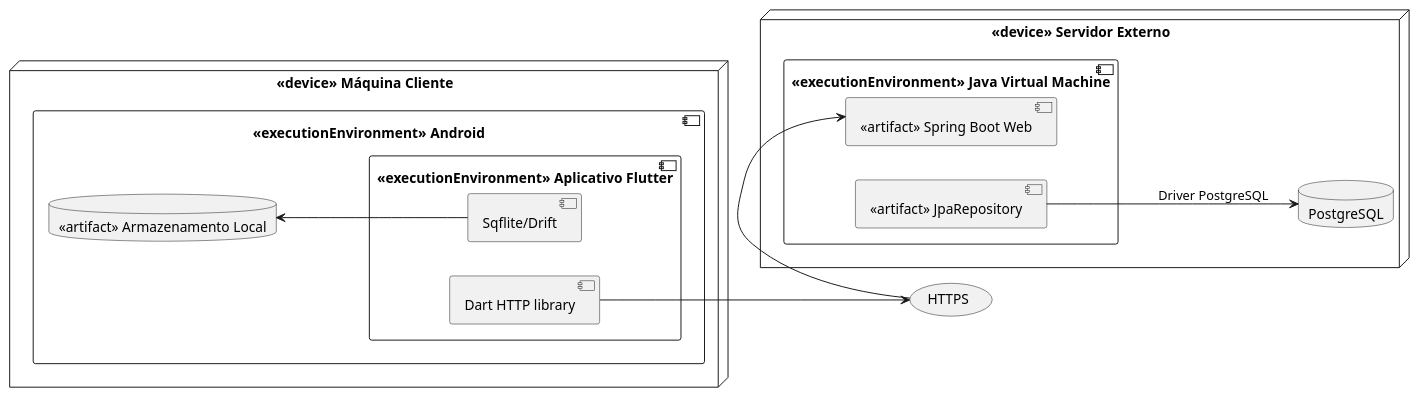
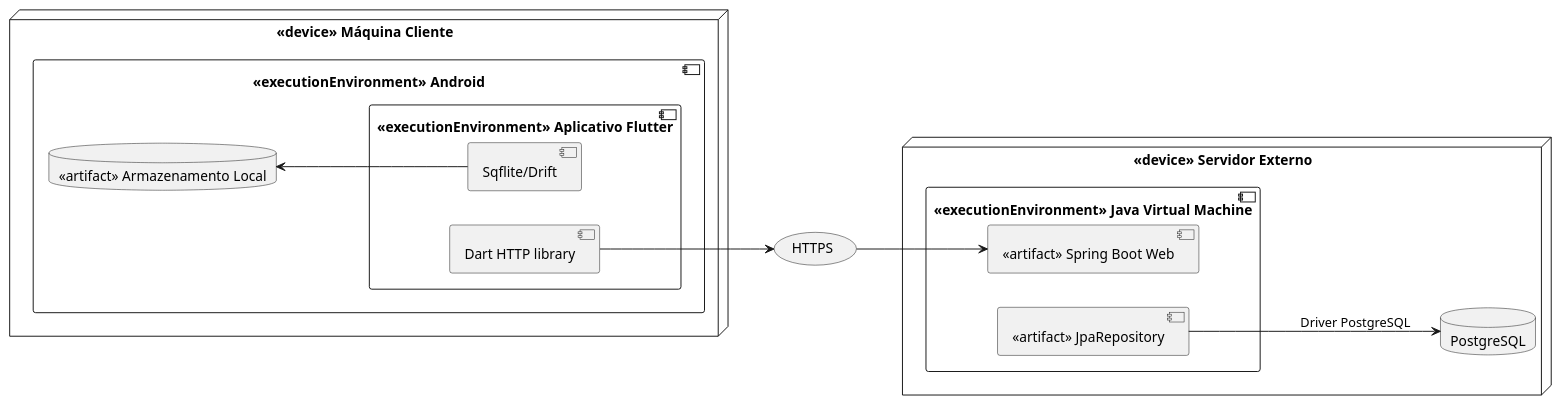
One commit to CS-PI-2026-Argonautas/docs changed the diagram in diagramas/implantacao.puml. Above: the diagram before and after it, drawn with PlantUML. The commit also changed 2 other files, not shown here.

Commit message:
Diagram updates

```diff
--- a/diagramas/implantacao.puml
+++ b/diagramas/implantacao.puml
@@ -1,59 +1,58 @@
-@startuml
+@startuml Implantação
 left to right direction
 
 node "<<device>> Máquina Cliente" as clientdevice {
   
   component "<<executionEnvironment>> Android" as android{
-      database "<<artifact>> Armazenamento Local" as local{
 
-  }
-
-  component "<<executionEnvironment>> Aplicativo Flutter"{
-    
-    
-    component Sqflite/Drift as sqlite{
+    database "<<artifact>> Armazenamento Local" as local{
 
     }
 
-    component "Dart HTTP library" as httpdart{
+    component "<<executionEnvironment>> Aplicativo Flutter"{
+      
+      component Sqflite/Drift as sqlite{
+
+      }
+
+      component "Dart HTTP library" as httpdart{
+
+      }
 
     }
-
-
-  }
   }
 
 
 
 }
 
 (HTTPS) as req
 
 node "<<device>> Servidor Externo" as serverdevice{
   component "<<executionEnvironment>> Java Virtual Machine"{
     component "<<artifact>> Spring Boot Web" as spring{
 
     }
     component "<<artifact>> JpaRepository" as repo{
 
     }
   }
 
   database PostgreSQL as postgres{
 
   }
 
 }
 
 
 local <-- sqlite
 
 httpdart --> req
 
 
-req -> spring
+req --> spring
 
 repo --> postgres: "Driver PostgreSQL"
 
 
 @enduml
```
